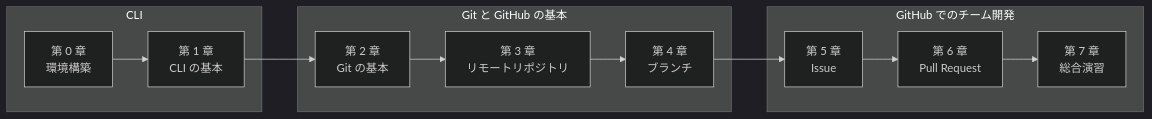
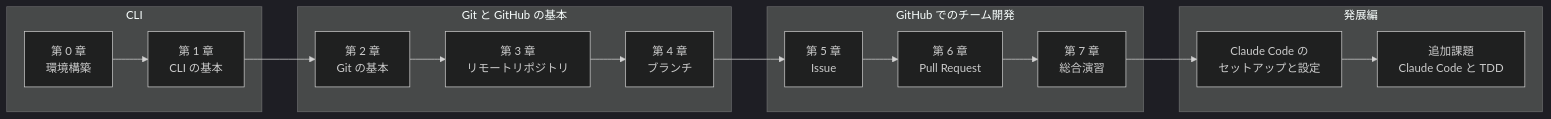
The diagram in README.md (kotonara-tech/github-and-cli-tutorials), drawn with Mermaid (dark theme) before and after one commit. The commit also changed other lines of this file and 44 other files, not shown here.

First line of the commit message:
教材を VS Code 前提に変更し、発展編「Claude Code と TDD」を追加 (#2)

````diff
--- a/README.md
+++ b/README.md
@@ -31,14 +37,18 @@
 ```mermaid
 flowchart LR
   subgraph S1["CLI"]
     C0["第 0 章<br>環境構築"] --> C1["第 1 章<br>CLI の基本"]
   end
   subgraph S2["Git と GitHub の基本"]
     C2["第 2 章<br>Git の基本"] --> C3["第 3 章<br>リモートリポジトリ"] --> C4["第 4 章<br>ブランチ"]
   end
   subgraph S3["GitHub でのチーム開発"]
     C5["第 5 章<br>Issue"] --> C6["第 6 章<br>Pull Request"] --> C7["第 7 章<br>総合演習"]
   end
+  subgraph S4["発展編"]
+    A1["Claude Code の<br>セットアップと設定"] --> A6["追加課題<br>Claude Code と TDD"]
+  end
   C1 --> C2
   C4 --> C5
+  C7 --> A1
 ```
````
